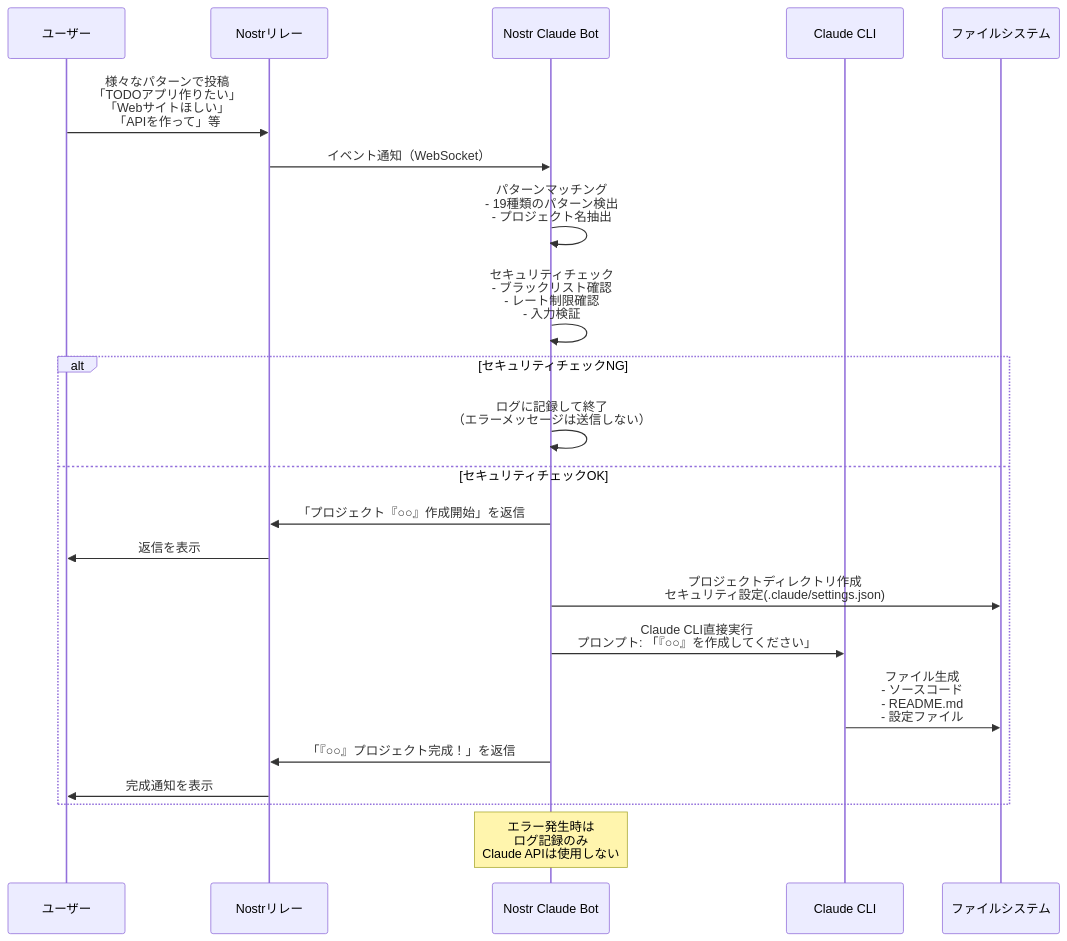
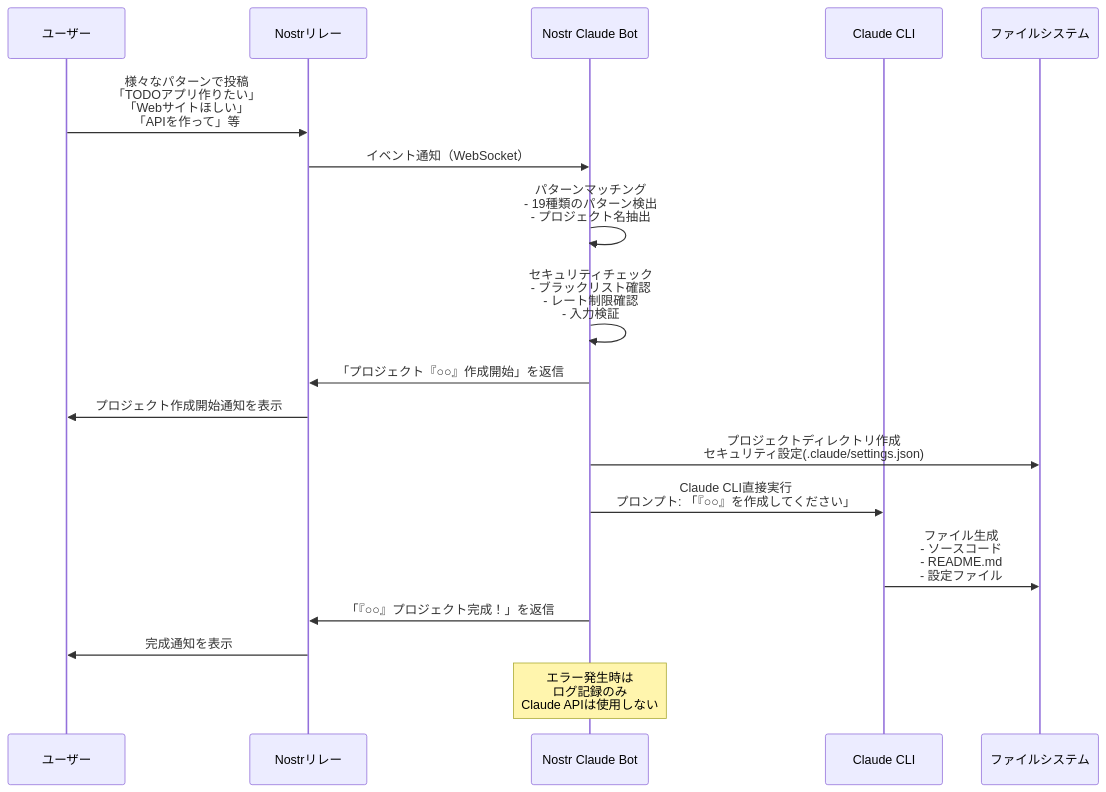
The diagram in README.md (koteitan/katte), drawn with Mermaid before and after one commit. The commit also changed other lines of this file, not shown here.

````diff
--- a/README.md
+++ b/README.md
@@ -178,31 +136,27 @@
 ```mermaid
 sequenceDiagram
     participant User as ユーザー
     participant Nostr as Nostrリレー
     participant Bot as Nostr Claude Bot
     participant CLI as Claude CLI
     participant FS as ファイルシステム
 
     User->>Nostr: 様々なパターンで投稿<br/>「TODOアプリ作りたい」<br/>「Webサイトほしい」<br/>「APIを作って」等
     Nostr->>Bot: イベント通知（WebSocket）
     
     Bot->>Bot: パターンマッチング<br/>- 19種類のパターン検出<br/>- プロジェクト名抽出
     Bot->>Bot: セキュリティチェック<br/>- ブラックリスト確認<br/>- レート制限確認<br/>- 入力検証
     
-    alt セキュリティチェックNG
-        Bot->>Bot: ログに記録して終了<br/>（エラーメッセージは送信しない）
-    else セキュリティチェックOK
-        Bot->>Nostr: 「プロジェクト『○○』作成開始」を返信
-        Nostr->>User: 返信を表示
-        
-        Bot->>FS: プロジェクトディレクトリ作成<br/>セキュリティ設定(.claude/settings.json)
-        
-        Bot->>CLI: Claude CLI直接実行<br/>プロンプト: 「『○○』を作成してください」
-        CLI->>FS: ファイル生成<br/>- ソースコード<br/>- README.md<br/>- 設定ファイル
-        
-        Bot->>Nostr: 「『○○』プロジェクト完成！」を返信
-        Nostr->>User: 完成通知を表示
-    end
+    Bot->>Nostr: 「プロジェクト『○○』作成開始」を返信
+    Nostr->>User: プロジェクト作成開始通知を表示
+    
+    Bot->>FS: プロジェクトディレクトリ作成<br/>セキュリティ設定(.claude/settings.json)
+    
+    Bot->>CLI: Claude CLI直接実行<br/>プロンプト: 「『○○』を作成してください」
+    CLI->>FS: ファイル生成<br/>- ソースコード<br/>- README.md<br/>- 設定ファイル
+    
+    Bot->>Nostr: 「『○○』プロジェクト完成！」を返信
+    Nostr->>User: 完成通知を表示
     
     Note over Bot: エラー発生時は<br/>ログ記録のみ<br/>Claude APIは使用しない
 ```
````
